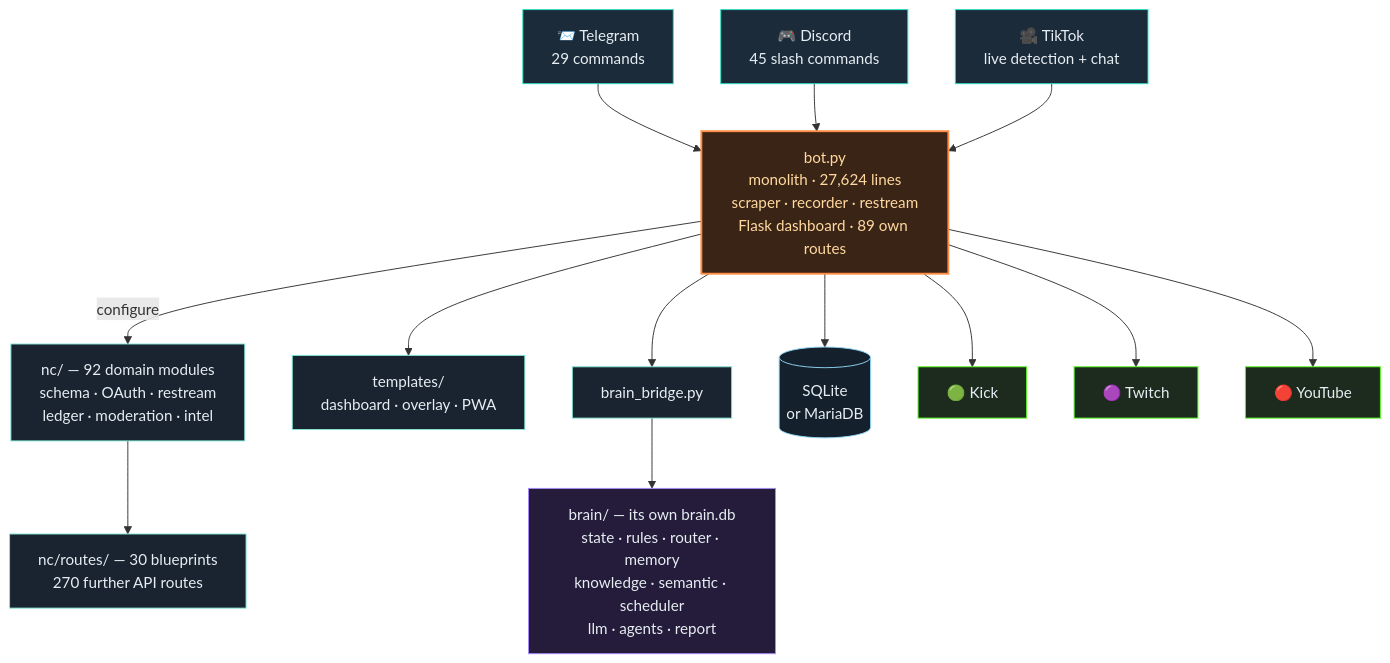
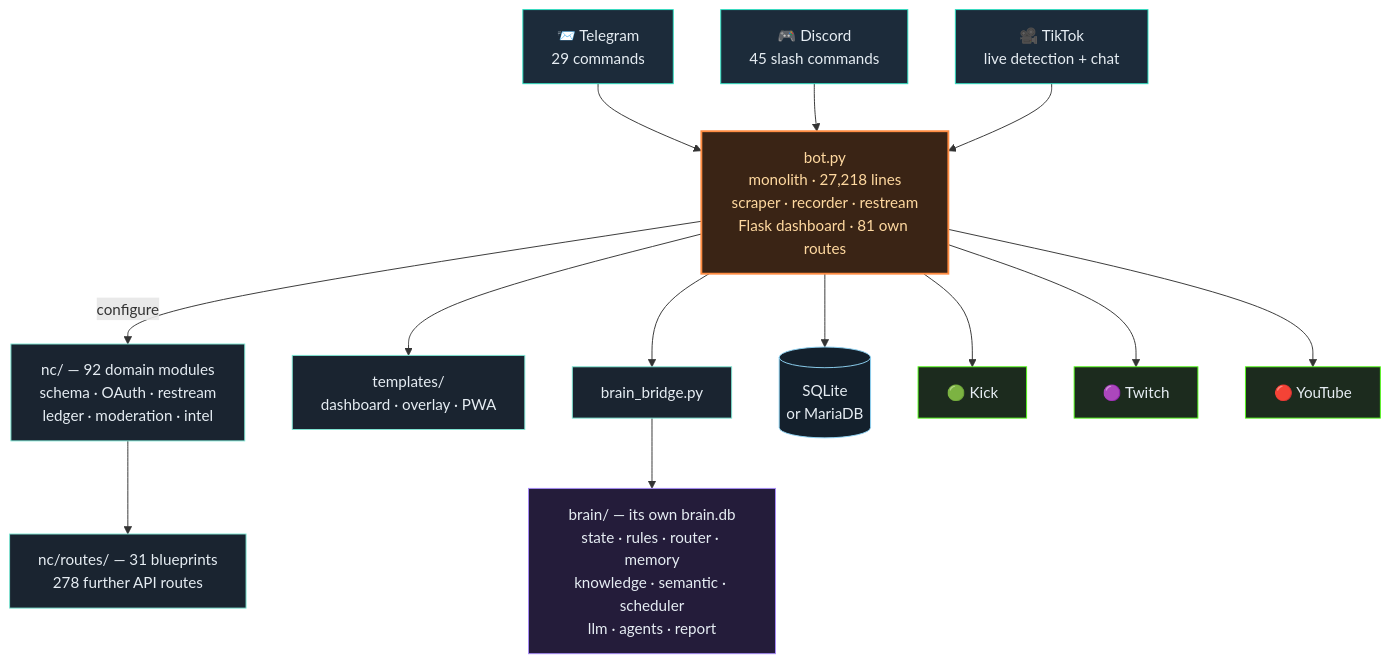
The third of 4 diagrams in README.en.md (itsamemedev/Telegram-Stream-Info-Bot), drawn with Mermaid before and after one commit. The commit also changed other lines of this file and 16 other files, not shown here.

````diff
--- a/README.en.md
+++ b/README.en.md
@@ -190,30 +190,30 @@
 ```mermaid
 flowchart TB
     TG["📨 Telegram<br/>29 commands"]:::ein
     DC["🎮 Discord<br/>45 slash commands"]:::ein
     TT["🎥 TikTok<br/>live detection + chat"]:::ein
 
     TG --> BOT
     DC --> BOT
     TT --> BOT
 
-    BOT["bot.py<br/>monolith · 27,624 lines<br/>scraper · recorder · restream<br/>Flask dashboard · 89 own routes"]:::core
+    BOT["bot.py<br/>monolith · 27,218 lines<br/>scraper · recorder · restream<br/>Flask dashboard · 81 own routes"]:::core
 
     BOT -->|configure| NC["nc/ — 92 domain modules<br/>schema · OAuth · restream<br/>ledger · moderation · intel"]:::lib
-    NC --> RT["nc/routes/ — 30 blueprints<br/>270 further API routes"]:::lib
+    NC --> RT["nc/routes/ — 31 blueprints<br/>278 further API routes"]:::lib
     BOT --> TPL["templates/<br/>dashboard · overlay · PWA"]:::lib
     BOT --> BR["brain_bridge.py"]:::lib
     BR --> BRAIN["brain/ — its own brain.db<br/>state · rules · router · memory<br/>knowledge · semantic · scheduler<br/>llm · agents · report"]:::brain
     BOT --> DB[("SQLite<br/>or MariaDB")]:::db
 
     BOT --> KICK["🟢 Kick"]:::out
     BOT --> TW["🟣 Twitch"]:::out
     BOT --> YT["🔴 YouTube"]:::out
 
     classDef ein fill:#1c2b3a,stroke:#2de1c2,color:#e6edf3
     classDef core fill:#3a2415,stroke:#ff8c42,stroke-width:2px,color:#ffd9a0
     classDef lib fill:#1a2430,stroke:#7fe7d4,color:#e6edf3
     classDef brain fill:#241c3a,stroke:#a78bfa,color:#e6edf3
     classDef db fill:#14202c,stroke:#8fd3f4,color:#e6edf3
     classDef out fill:#1c2b1e,stroke:#53fc18,color:#e6edf3
 ```
````
